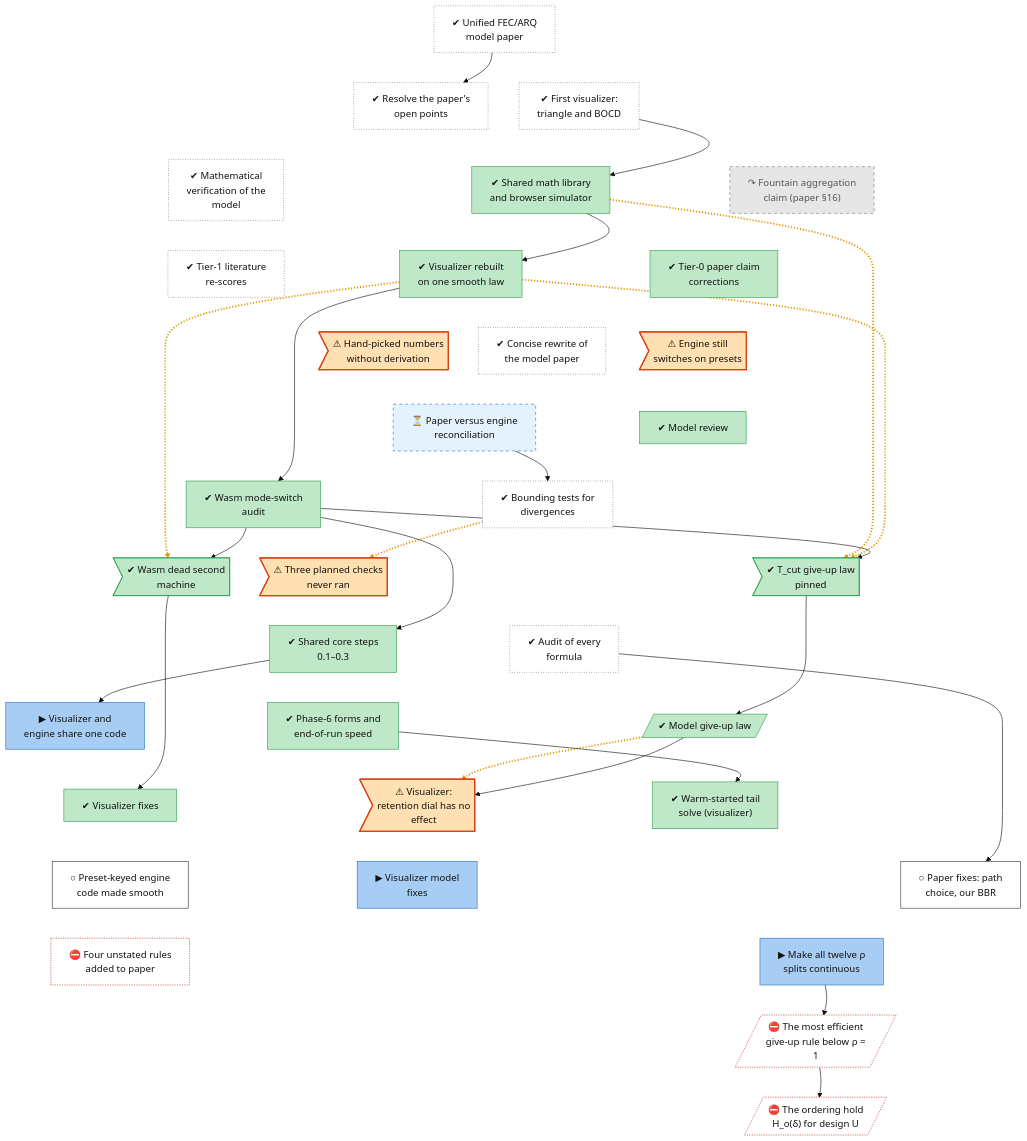
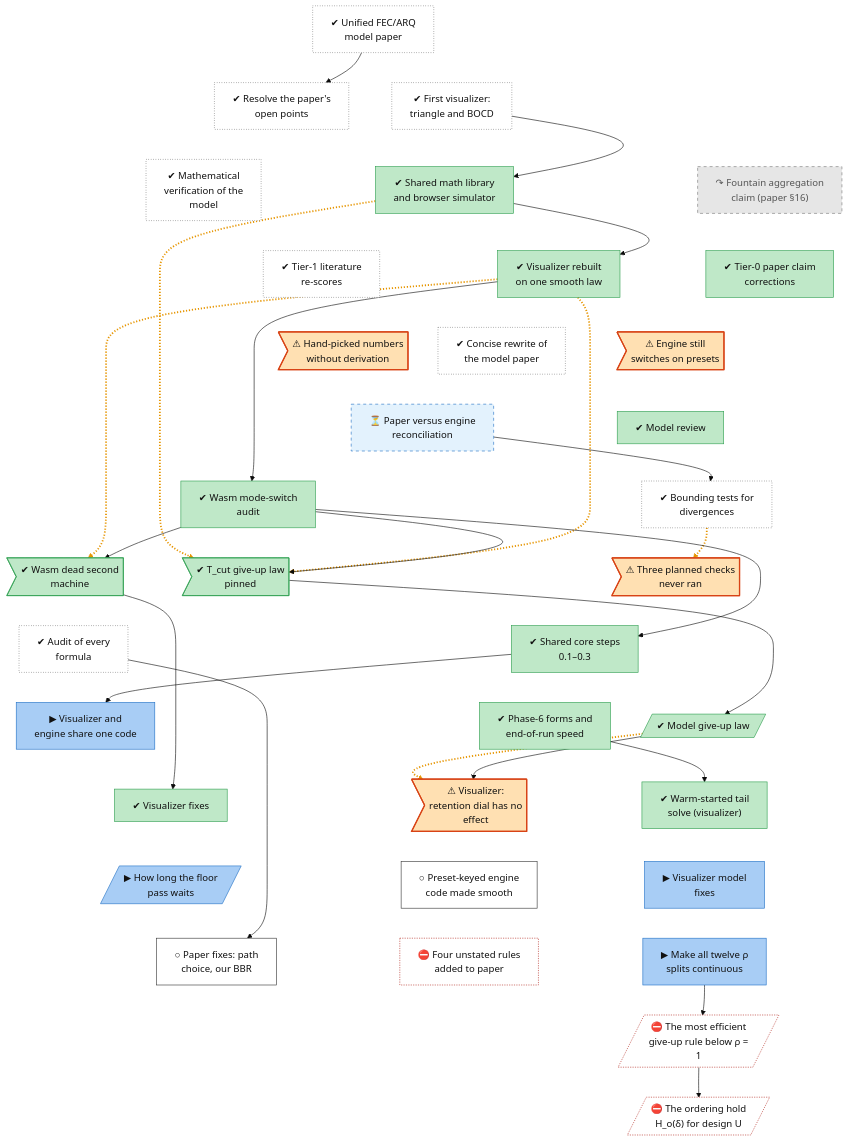
One commit to lhns/raptorpath changed the diagram in docs/roadmap/tracks/model.md. Above: the diagram before and after it, drawn with Mermaid (base theme). The commit also changed other lines of this file and 8 other files, not shown here.

````diff
--- a/docs/roadmap/tracks/model.md
+++ b/docs/roadmap/tracks/model.md
@@ -36,6 +36,7 @@
     model_viz_fix["✔ Visualizer fixes"]
     model_defect_rho_inert>"⚠ Visualizer:<br/>retention dial has no<br/>effect"]
     model_warm_start["✔ Warm-started tail<br/>solve (visualizer)"]
+    model_floor_hold[/"▶ How long the floor<br/>pass waits"/]
     model_fix_hint_keyed_paths["○ Preset-keyed engine<br/>code made smooth"]
     model_wasm_fixes["▶ Visualizer model<br/>fixes"]
     model_fix_paper_p2["○ Paper fixes: path<br/>choice, our BBR"]
@@ -71,12 +72,13 @@
     model_shared_core ~~~ model_viz_fix
     model_endspeed ~~~ model_defect_rho_inert
     model_giveup_law ~~~ model_warm_start
-    model_viz_fix ~~~ model_fix_hint_keyed_paths
-    model_defect_rho_inert ~~~ model_wasm_fixes
-    model_warm_start ~~~ model_fix_paper_p2
+    model_viz_fix ~~~ model_floor_hold
+    model_defect_rho_inert ~~~ model_fix_hint_keyed_paths
+    model_warm_start ~~~ model_wasm_fixes
+    model_floor_hold ~~~ model_fix_paper_p2
     model_fix_hint_keyed_paths ~~~ model_fix_paper_p3
     model_wasm_fixes ~~~ model_rho_step_sites
-    model_fix_paper_p2 ~~~ model_rho_step_sites
+    model_fix_paper_p2 ~~~ model_skip_rule_efficiency
     model_fix_paper_p3 ~~~ model_skip_rule_efficiency
     model_rho_step_sites ~~~ model_skip_rule_efficiency
     model_skip_rule_efficiency ~~~ model_ordering_hold
@@ -101,7 +103,7 @@
     model_law_ledger --> model_fix_paper_p2
     model_rho_step_sites --> model_skip_rule_efficiency
     model_skip_rule_efficiency --> model_ordering_hold
-    linkStyle 39,41,42,44,51 stroke:#e69500,stroke-width:3px,stroke-dasharray:2 3
+    linkStyle 40,42,43,45,52 stroke:#e69500,stroke-width:3px,stroke-dasharray:2 3
     classDef vsucc fill:#2e9e4f,stroke:#1b6b34,color:#fff
     classDef succ fill:#bfe8c8,stroke:#2e9e4f,color:#111
     classDef mixed fill:#ffd37a,stroke:#c98a00,color:#111
@@ -121,7 +123,7 @@
     class model_s16_fountain dead
     class model_mode_switch_debts,model_open_constants,model_bound_tests_unrun,model_defect_rho_inert finding
     class model_paper_recon waiting
-    class model_shared_core,model_wasm_fixes,model_rho_step_sites inprog
+    class model_shared_core,model_floor_hold,model_wasm_fixes,model_rho_step_sites inprog
     class model_fix_hint_keyed_paths,model_fix_paper_p2 next
     class model_fix_paper_p3,model_skip_rule_efficiency,model_ordering_hold blocked
 ```
````
